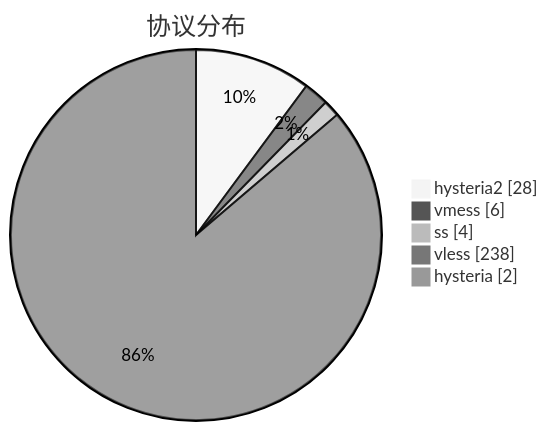
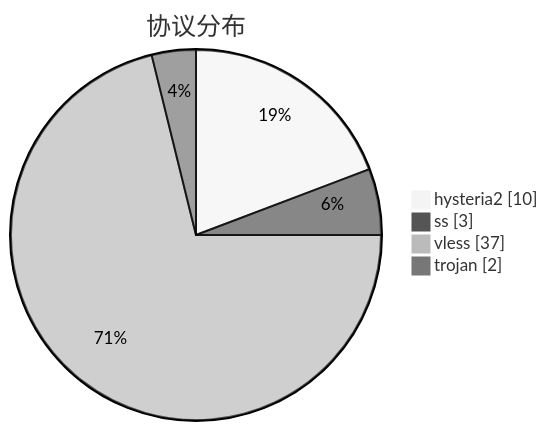
One commit to sinspired/airport changed the third of 3 diagrams in subs/statistics/tested_within.md. Above: the diagram before and after it, drawn with Mermaid (neutral theme). The commit also changed other lines of this file and 2 other files, not shown here.

````diff
--- a/subs/statistics/tested_within.md
+++ b/subs/statistics/tested_within.md
@@ -31,9 +22,8 @@
 ```mermaid
 pie showData
 title 协议分布
-"hysteria2" : 28
-"vmess" : 6
-"ss" : 4
-"vless" : 238
-"hysteria" : 2
+"hysteria2" : 10
+"ss" : 3
+"vless" : 37
+"trojan" : 2
 ```
````
